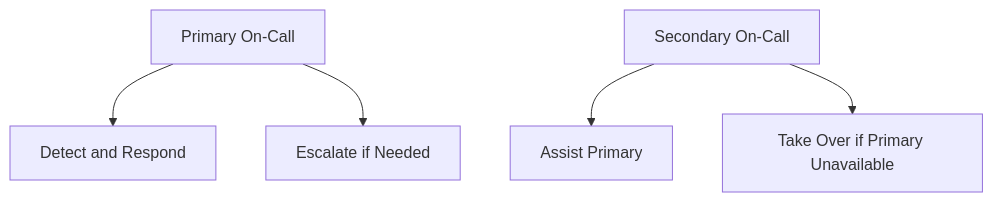
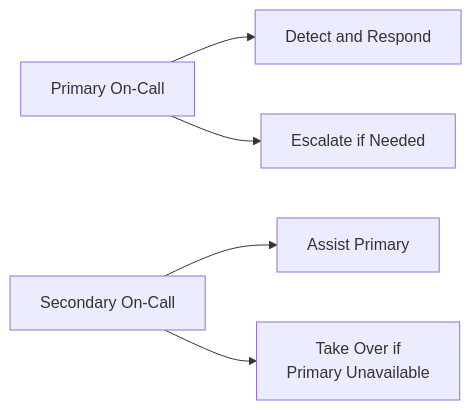
One commit to radra23/scryops-site changed the second of 6 diagrams in content/guides/on-call-procedures.md. Above: the diagram before and after it, drawn with Mermaid. The commit also changed other lines of this file and 49 other files, not shown here.

First line of the commit message:
fix(diagrams): fit the 18 live Mermaid diagrams that panned under the 12/14 floor

```diff
--- a/content/guides/on-call-procedures.md
+++ b/content/guides/on-call-procedures.md
@@ -28,7 +28,7 @@
 {{< mermaid >}}
-flowchart TD
+flowchart LR
     A[Primary On-Call] --> B[Detect and Respond]
     A --> C[Escalate if Needed]
     D[Secondary On-Call] --> E[Assist Primary]
-    D --> F[Take Over if Primary Unavailable]
+    D --> F[Take Over if<br/>Primary Unavailable]
 {{< /mermaid >}}
```
